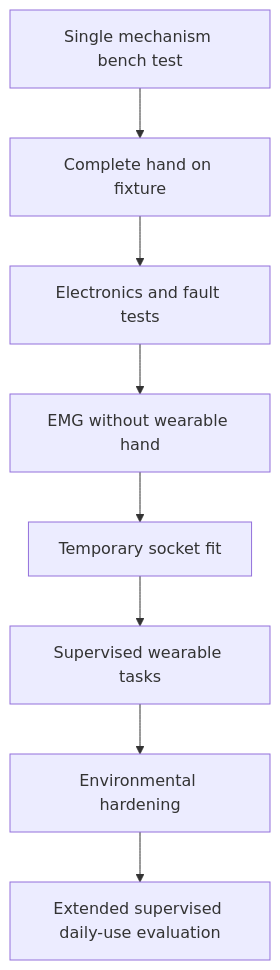
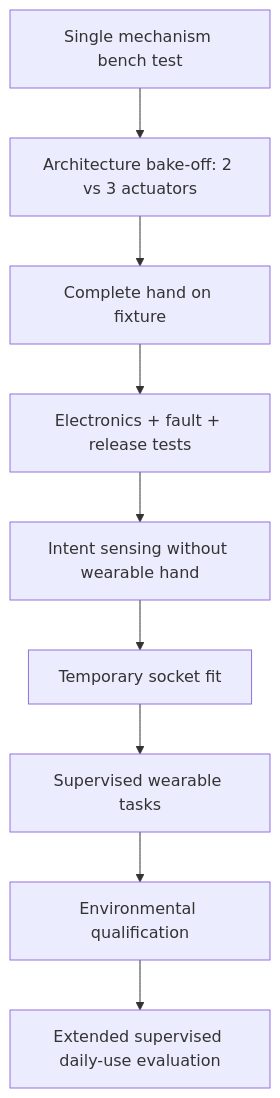
The diagram in docs/VALIDATION_AND_SAFETY.md (heisqasim/Robotic-Arm-Hand), drawn with Mermaid before and after one commit. The commit also changed other lines of this file, not shown here.

Commit message:
Quantify validation gates and add manual release and biocompatibility tracking

````diff
--- a/docs/VALIDATION_AND_SAFETY.md
+++ b/docs/VALIDATION_AND_SAFETY.md
@@ -23,10 +28,11 @@
 ```mermaid
 flowchart TD
-    A[Single mechanism bench test] --> B[Complete hand on fixture]
-    B --> C[Electronics and fault tests]
-    C --> D[EMG without wearable hand]
-    D --> E[Temporary socket fit]
-    E --> F[Supervised wearable tasks]
-    F --> G[Environmental hardening]
-    G --> H[Extended supervised daily-use evaluation]
+    A[Single mechanism bench test] --> B[Architecture bake-off: 2 vs 3 actuators]
+    B --> C[Complete hand on fixture]
+    C --> D[Electronics + fault + release tests]
+    D --> E[Intent sensing without wearable hand]
+    E --> F[Temporary socket fit]
+    F --> G[Supervised wearable tasks]
+    G --> H[Environmental qualification]
+    H --> I[Extended supervised daily-use evaluation]
 ```
````
